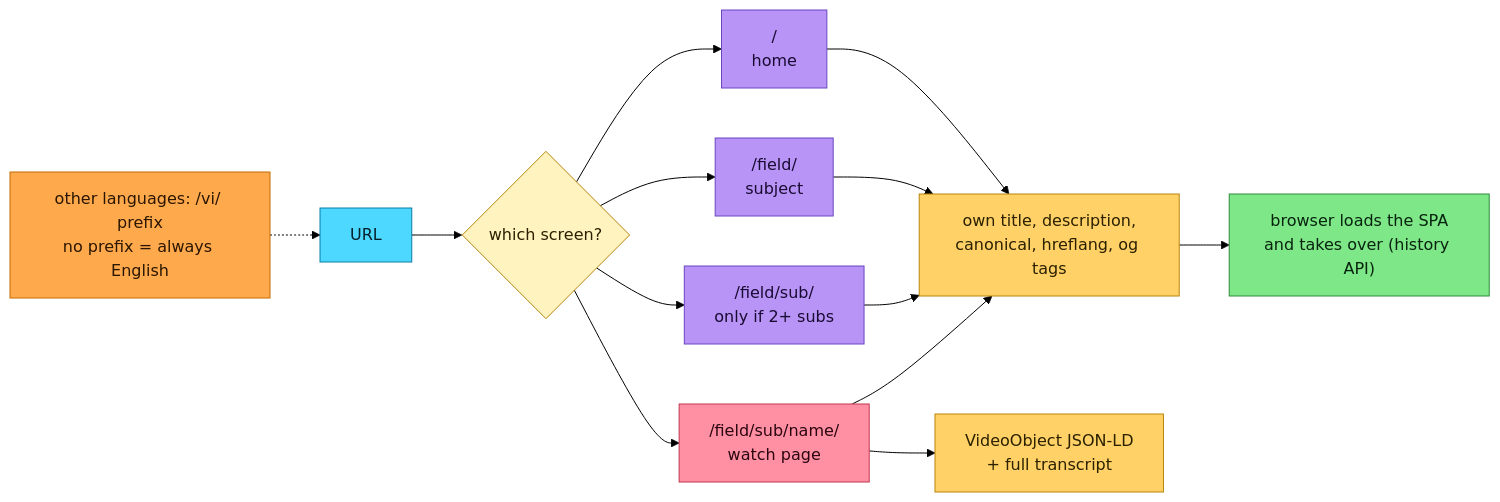
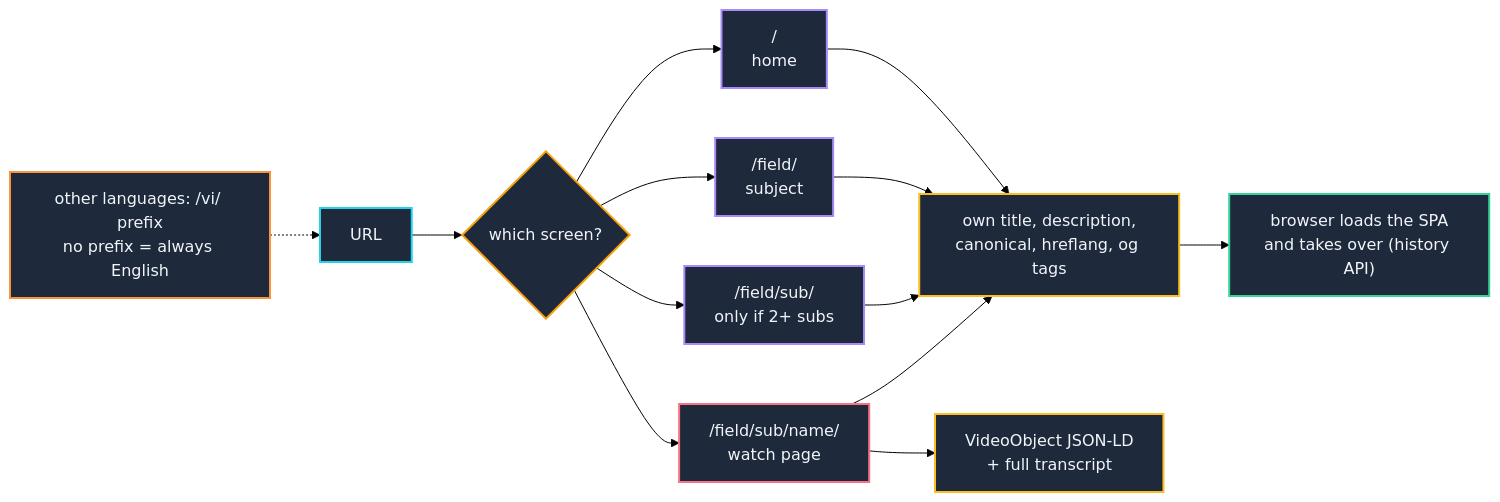
Before and after one commit to chuongdang/web-animation-to-video: the fifth of 5 diagrams in README.md, drawn with Mermaid (forest theme). The commit also changed other lines of this file, not shown here.

Commit message:
[nokey] update diagrams

````diff
--- a/README.md
+++ b/README.md
@@ -223,20 +223,20 @@
 ```mermaid
 flowchart LR
     U["URL"]:::url --> Q{"which screen?"}:::decide
     Q --> H["/<br/>home"]:::page
     Q --> FD["/field/<br/>subject"]:::page
     Q --> SB["/field/sub/<br/>only if 2+ subs"]:::page
     Q --> WV["/field/sub/name/<br/>watch page"]:::watch
     H & FD & SB & WV --> T["own title, description,<br/>canonical, hreflang, og tags"]:::seo
     WV --> J["VideoObject JSON-LD<br/>+ full transcript"]:::seo
     T --> SPA["browser loads the SPA<br/>and takes over (history API)"]:::spa
     L["other languages: /vi/ prefix<br/>no prefix = always English"]:::lang -.-> U
 
-    classDef url fill:#4dd8ff,stroke:#0a7ea4,color:#06202b
-    classDef decide fill:#fff3bf,stroke:#b8860b,color:#2b2100
-    classDef page fill:#b794f6,stroke:#6b46c1,color:#1a0b33
-    classDef watch fill:#ff8fa3,stroke:#c0364f,color:#2b0610
-    classDef seo fill:#ffd166,stroke:#b8860b,color:#2b2100
-    classDef spa fill:#7ee787,stroke:#2e8b3d,color:#08240f
-    classDef lang fill:#ffa94d,stroke:#c26a00,color:#2b1600
+    classDef url fill:#1e293b,stroke:#22d3ee,stroke-width:2px,color:#f1f5f9
+    classDef decide fill:#1e293b,stroke:#f59e0b,stroke-width:2px,color:#f1f5f9
+    classDef page fill:#1e293b,stroke:#a78bfa,stroke-width:2px,color:#f1f5f9
+    classDef watch fill:#1e293b,stroke:#fb7185,stroke-width:2px,color:#f1f5f9
+    classDef seo fill:#1e293b,stroke:#fbbf24,stroke-width:2px,color:#f1f5f9
+    classDef spa fill:#1e293b,stroke:#34d399,stroke-width:2px,color:#f1f5f9
+    classDef lang fill:#1e293b,stroke:#fb923c,stroke-width:2px,color:#f1f5f9
 ```
````
